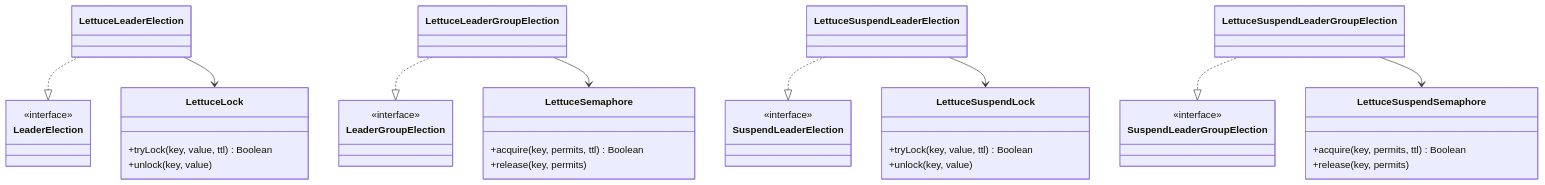
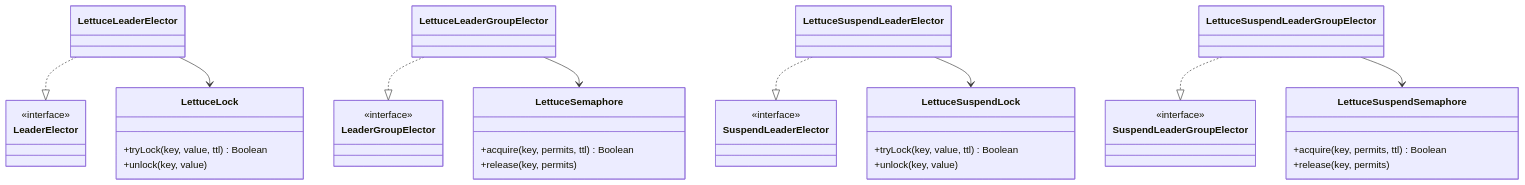
Before and after one commit to bluetape4k/bluetape4k-leader: the diagram in leader-redis-lettuce/README.ko.md, drawn with Mermaid. The commit also changed other lines of this file and 79 other files, not shown here.

First line of the commit message:
docs: #100 LeaderElection → LeaderElector 문서 일괄 업데이트 (#123)

````diff
--- a/leader-redis-lettuce/README.ko.md
+++ b/leader-redis-lettuce/README.ko.md
@@ -17,42 +17,42 @@
 ```mermaid
 classDiagram
-    class LeaderElection {
+    class LeaderElector {
         <<interface>>
     }
-    class LeaderGroupElection {
+    class LeaderGroupElector {
         <<interface>>
     }
-    class SuspendLeaderElection {
+    class SuspendLeaderElector {
         <<interface>>
     }
-    class SuspendLeaderGroupElection {
+    class SuspendLeaderGroupElector {
         <<interface>>
     }
 
     class LettuceLock {
         +tryLock(key, value, ttl) Boolean
         +unlock(key, value)
     }
     class LettuceSemaphore {
         +acquire(key, permits, ttl) Boolean
         +release(key, permits)
     }
     class LettuceSuspendLock {
         +tryLock(key, value, ttl) Boolean
         +unlock(key, value)
     }
     class LettuceSuspendSemaphore {
         +acquire(key, permits, ttl) Boolean
         +release(key, permits)
     }
 
-    LettuceLeaderElection ..|> LeaderElection
-    LettuceLeaderGroupElection ..|> LeaderGroupElection
-    LettuceSuspendLeaderElection ..|> SuspendLeaderElection
-    LettuceSuspendLeaderGroupElection ..|> SuspendLeaderGroupElection
+    LettuceLeaderElector ..|> LeaderElector
+    LettuceLeaderGroupElector ..|> LeaderGroupElector
+    LettuceSuspendLeaderElector ..|> SuspendLeaderElector
+    LettuceSuspendLeaderGroupElector ..|> SuspendLeaderGroupElector
 
-    LettuceLeaderElection --> LettuceLock
-    LettuceLeaderGroupElection --> LettuceSemaphore
-    LettuceSuspendLeaderElection --> LettuceSuspendLock
-    LettuceSuspendLeaderGroupElection --> LettuceSuspendSemaphore
+    LettuceLeaderElector --> LettuceLock
+    LettuceLeaderGroupElector --> LettuceSemaphore
+    LettuceSuspendLeaderElector --> LettuceSuspendLock
+    LettuceSuspendLeaderGroupElector --> LettuceSuspendSemaphore
 ```
````
